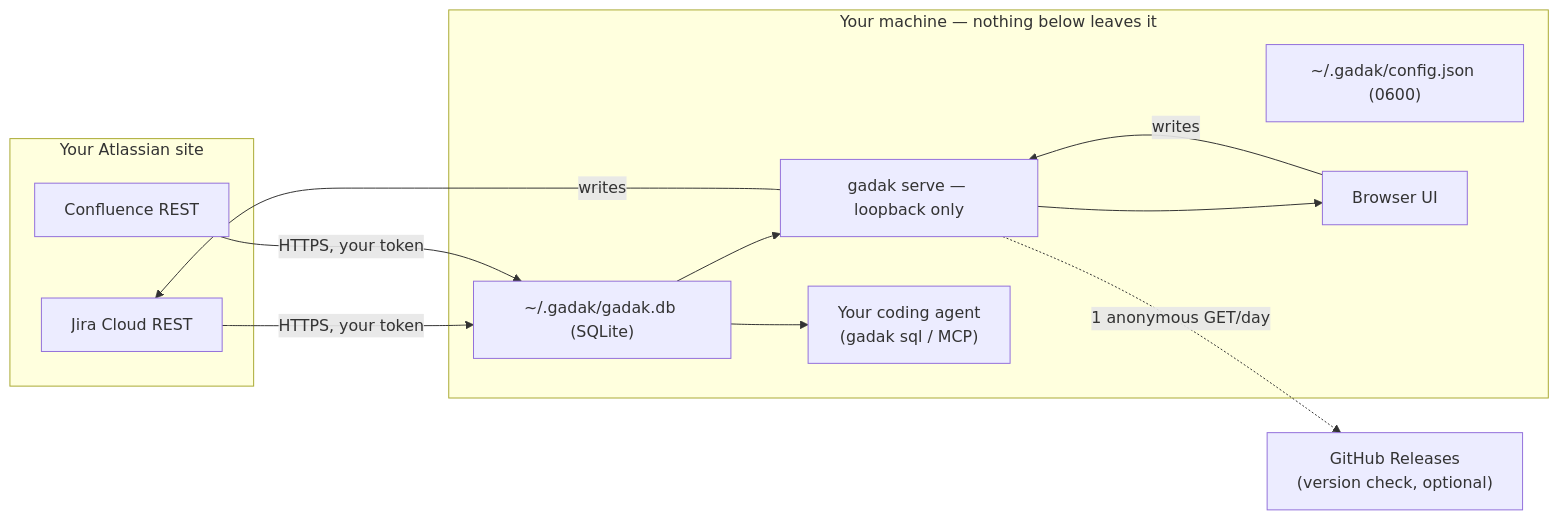
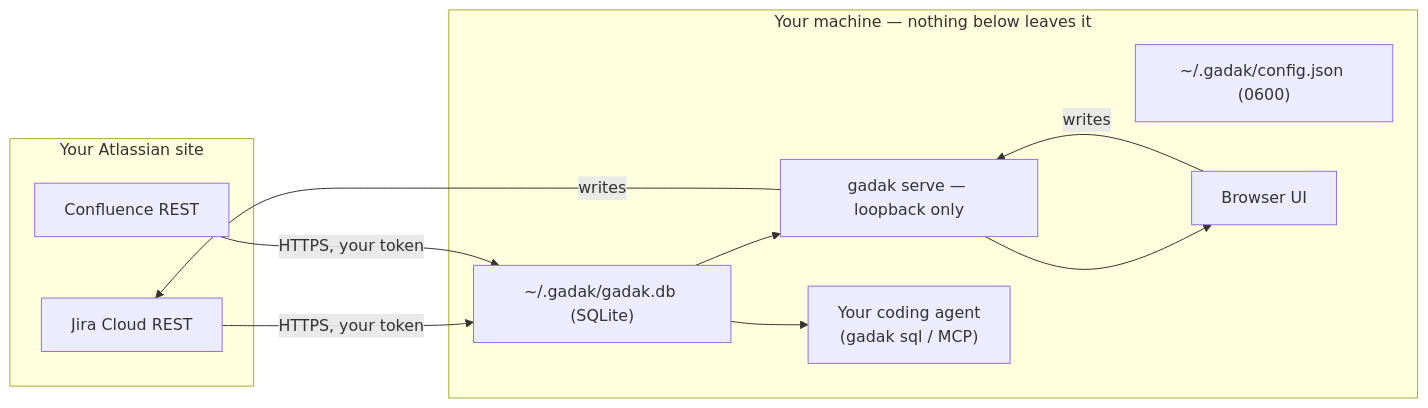
Before and after one commit to midagedev/gadak: the diagram in SECURITY.md, drawn with Mermaid. The commit also changed other lines of this file and 39 other files, not shown here.

````diff
--- a/SECURITY.md
+++ b/SECURITY.md
@@ -72,21 +72,19 @@
 ```mermaid
 flowchart LR
   subgraph internet [Your Atlassian site]
     Jira["Jira Cloud REST"]
     Wiki["Confluence REST"]
   end
   subgraph machine [Your machine — nothing below leaves it]
     DB["~/.gadak/gadak.db (SQLite)"]
     CFG["~/.gadak/config.json (0600)"]
     Serve["gadak serve — loopback only"]
     UI["Browser UI"]
     Agent["Your coding agent<br/>(gadak sql / MCP)"]
   end
-  GH["GitHub Releases<br/>(version check, optional)"]
   Jira -->|"HTTPS, your token"| DB
   Wiki -->|"HTTPS, your token"| DB
   DB --> Serve --> UI
   DB --> Agent
   UI -->|"writes"| Serve -->|"writes"| Jira
-  Serve -.->|"1 anonymous GET/day"| GH
 ```
````
